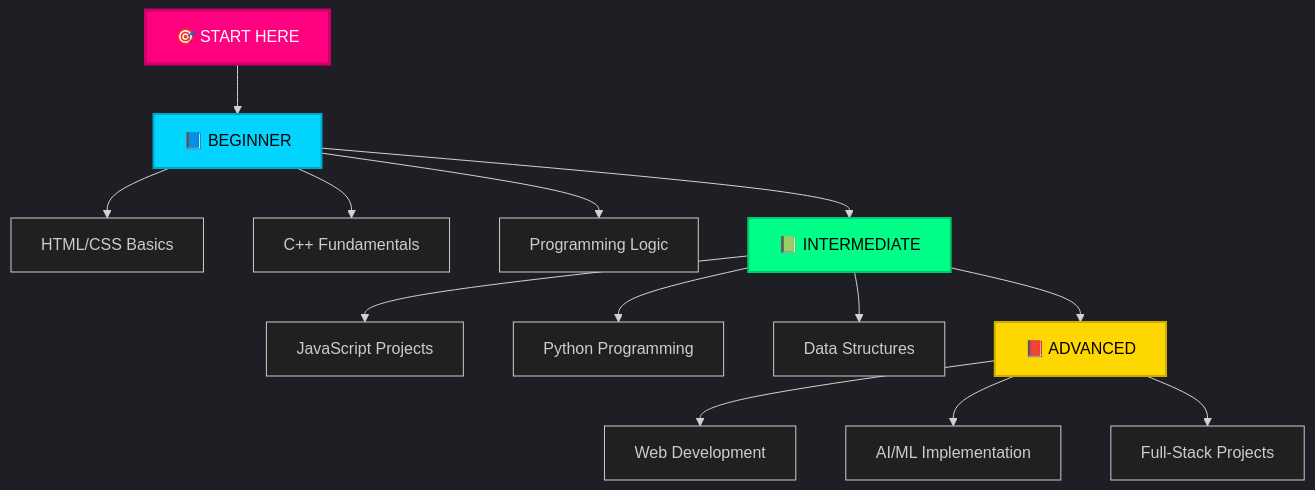
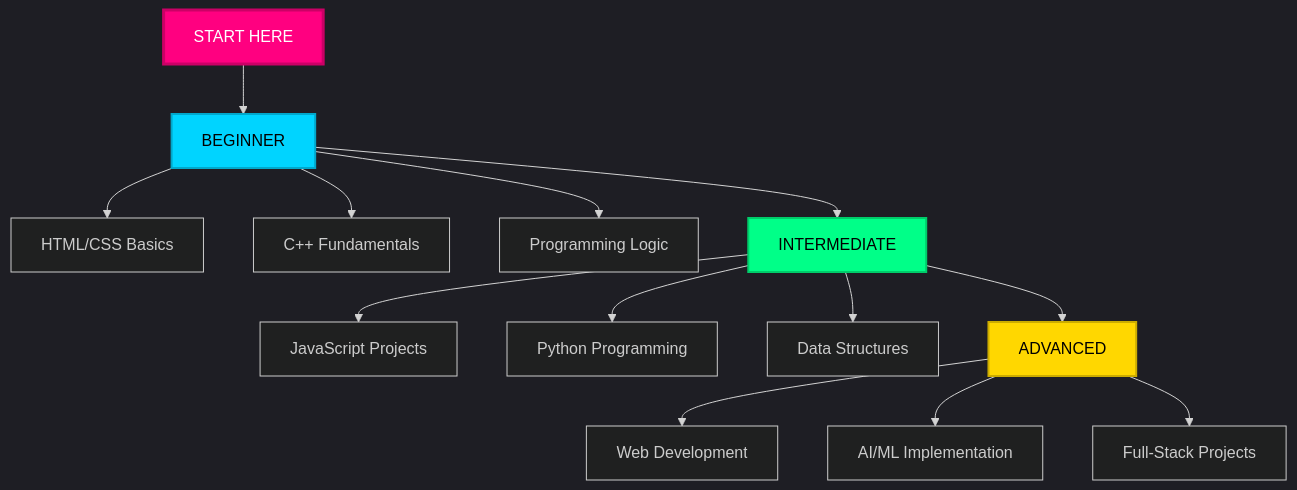
One commit to dojicreates/dojicreates changed the third of 3 diagrams in README.md. Above: the diagram before and after it, drawn with Mermaid. The commit also changed other lines of this file, not shown here.

````diff
--- a/README.md
+++ b/README.md
@@ -452,23 +512,23 @@
 ```mermaid
 %%{init: {'theme':'dark', 'themeVariables': {'fontSize': '16px'}}}%%
 graph TD
-    START["🎯 START HERE"] --> A["📘 BEGINNER"]
+    START[" START HERE"] --> A[" BEGINNER"]
     A --> A1[HTML/CSS Basics]
     A --> A2[C++ Fundamentals]
     A --> A3[Programming Logic]
     
-    A --> B["📗 INTERMEDIATE"]
+    A --> B[" INTERMEDIATE"]
     B --> B1[JavaScript Projects]
     B --> B2[Python Programming]
     B --> B3[Data Structures]
     
-    B --> C["📕 ADVANCED"]
+    B --> C[" ADVANCED"]
     C --> C1[Web Development]
     C --> C2[AI/ML Implementation]
     C --> C3[Full-Stack Projects]
     
     style START fill:#ff0080,stroke:#cc0066,stroke-width:3px,color:#fff
     style A fill:#00d4ff,stroke:#00a8cc,stroke-width:2px,color:#000
     style B fill:#00ff88,stroke:#00cc6a,stroke-width:2px,color:#000
     style C fill:#ffd700,stroke:#ccac00,stroke-width:2px,color:#000
 ```
````
